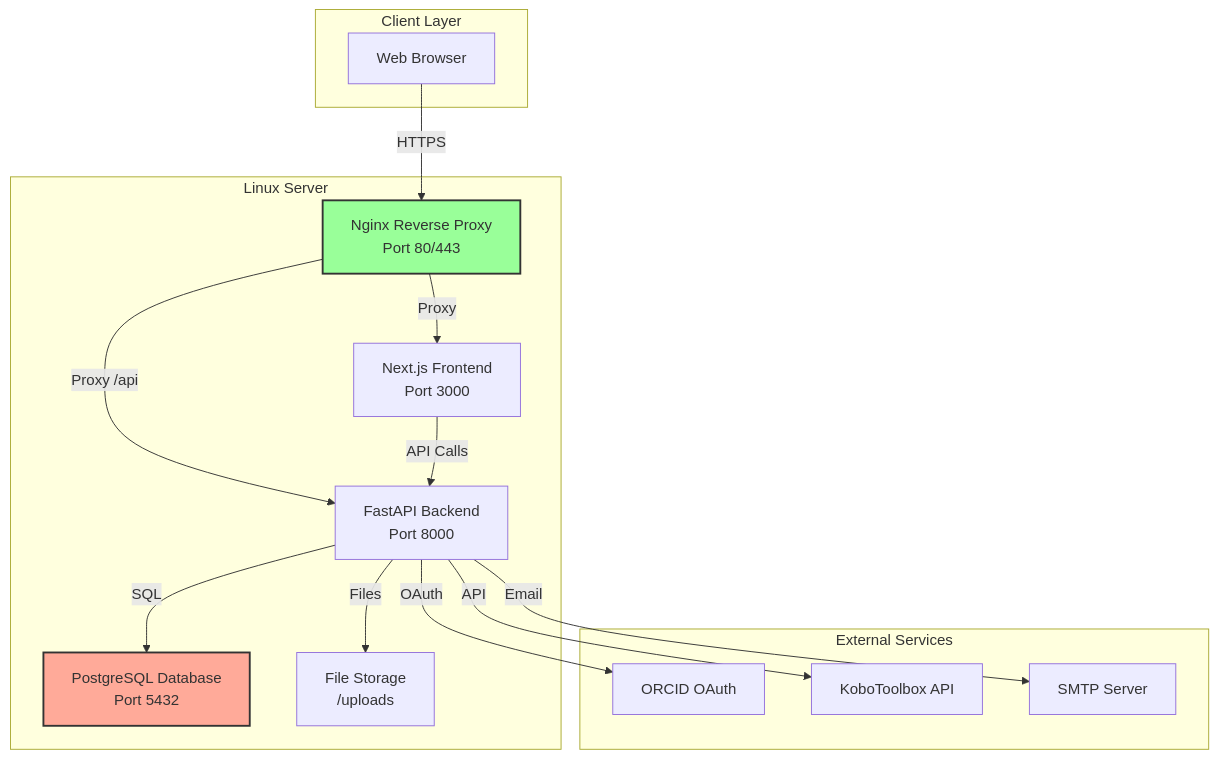
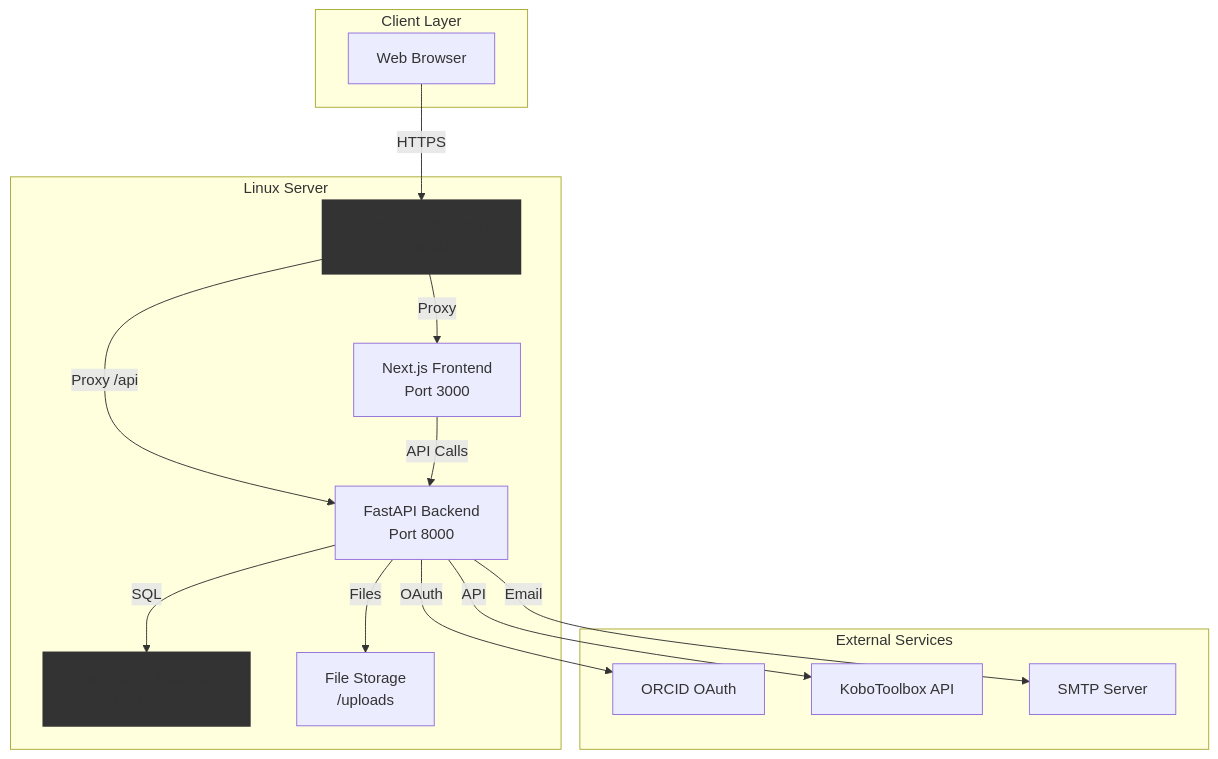
The first of 7 diagrams in LINUX_DEPLOYMENT_GUIDE.md (dacorisdata/dacoris), drawn with Mermaid before and after one commit. The commit also changed other lines of this file, not shown here.

Commit message:
Update Mermaid diagram colors for better contrast and readability

````diff
--- a/LINUX_DEPLOYMENT_GUIDE.md
+++ b/LINUX_DEPLOYMENT_GUIDE.md
@@ -21,33 +21,33 @@
 ```mermaid
 graph TB
     subgraph "Client Layer"
         A[Web Browser]
     end
     
     subgraph "Linux Server"
         B[Nginx Reverse Proxy<br/>Port 80/443]
         C[Next.js Frontend<br/>Port 3000]
         D[FastAPI Backend<br/>Port 8000]
         E[PostgreSQL Database<br/>Port 5432]
         F[File Storage<br/>/uploads]
     end
     
     subgraph "External Services"
         G[ORCID OAuth]
         H[KoboToolbox API]
         I[SMTP Server]
     end
     
     A -->|HTTPS| B
     B -->|Proxy| C
     B -->|Proxy /api| D
     C -->|API Calls| D
     D -->|SQL| E
     D -->|Files| F
     D -->|OAuth| G
     D -->|API| H
     D -->|Email| I
     
-    style B fill:#9f9,stroke:#333,stroke-width:2px
-    style E fill:#fa9,stroke:#333,stroke-width:2px
+    style B fill:#333,stroke:#333,stroke-width:2px
+    style E fill:#333,stroke:#333,stroke-width:2px
 ```
````
